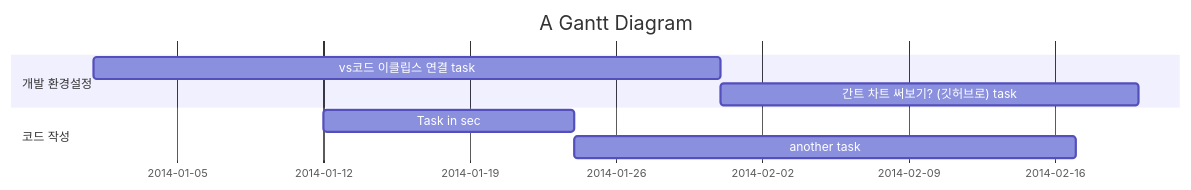
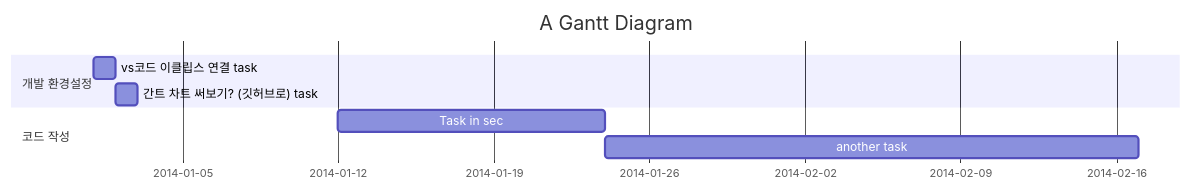
One commit to UDONGSALI/Toy-Project changed the diagram in README.md. Above: the diagram before and after it, drawn with Mermaid.

````diff
--- a/README.md
+++ b/README.md
@@ -1,11 +1,11 @@
 ```mermaid
 gantt
     title A Gantt Diagram
     dateFormat  YYYY-MM-DD
     section 개발 환경설정
-    vs코드 이클립스 연결 task           :a1, 2014-01-01, 30d
-    간트 차트 써보기? (깃허브로) task     :after a1  , 20d
+    vs코드 이클립스 연결 task           :a1, 2014-01-01, 1d
+    간트 차트 써보기? (깃허브로) task     :after a1  , 1d
     section 코드 작성
     Task in sec      :2014-01-12  , 12d
     another task      : 24d
 ```
````
